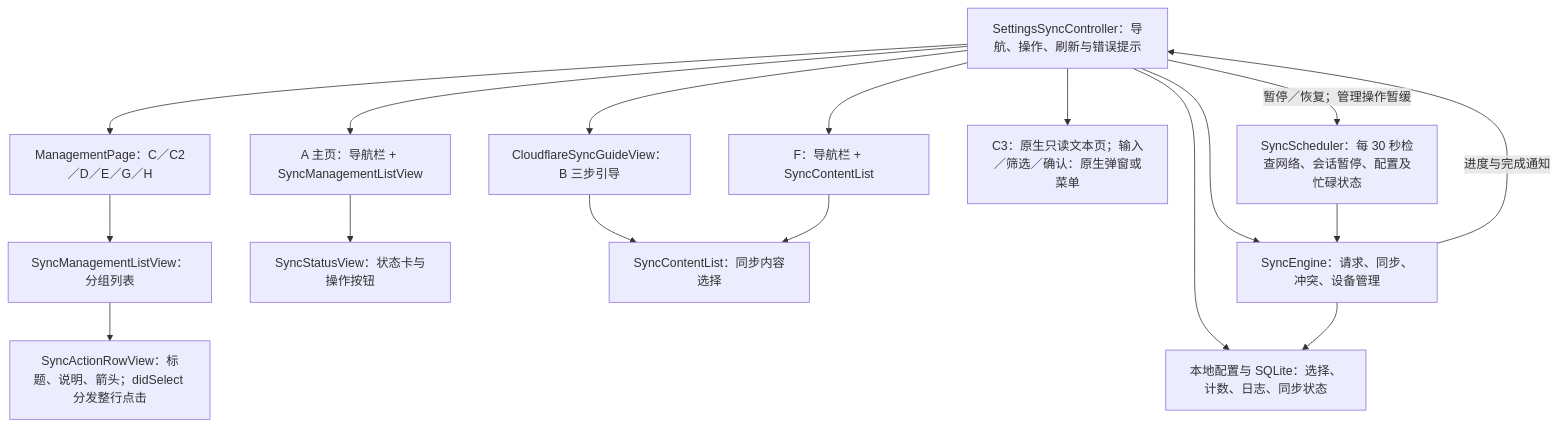
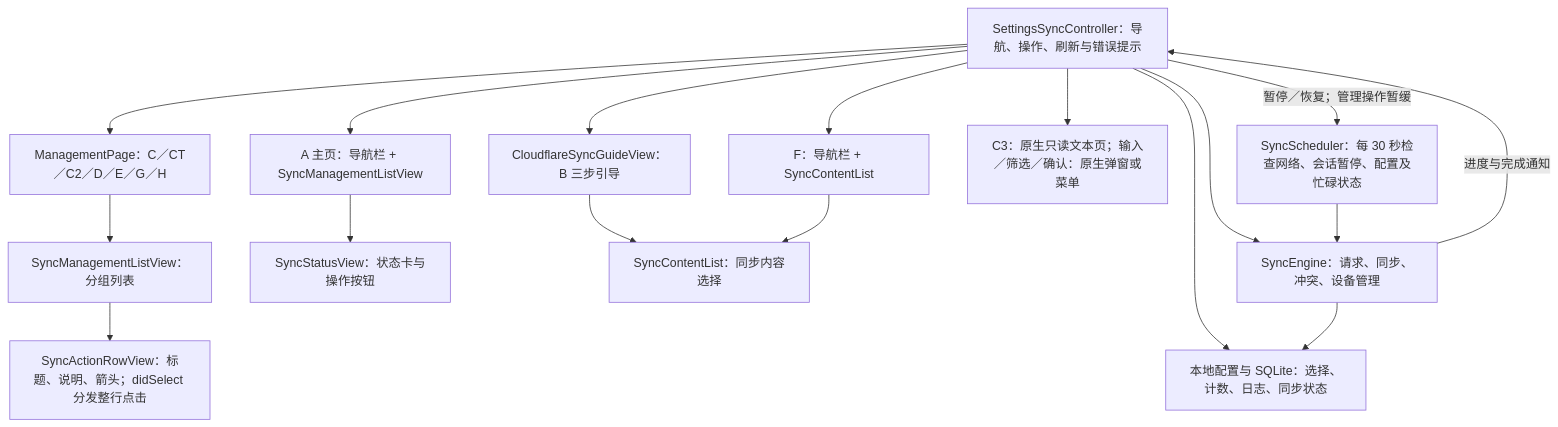
Before and after one commit to Gandum2077/JSEhViewer: the second of 3 diagrams in docs/sync-ui-map.md, drawn with Mermaid. The commit also changed other lines of this file and 6 other files, not shown here.

````diff
--- a/docs/sync-ui-map.md
+++ b/docs/sync-ui-map.md
@@ -68,19 +71,19 @@
 ```mermaid
 flowchart TD
   CTRL["SettingsSyncController：导航、操作、刷新与错误提示"] --> MAIN["A 主页：导航栏 + SyncManagementListView"]
-  CTRL --> PAGE["ManagementPage：C／C2／D／E／G／H"]
+  CTRL --> PAGE["ManagementPage：C／CT／C2／D／E／G／H"]
   PAGE --> LIST["SyncManagementListView：分组列表"]
   LIST --> ROW["SyncActionRowView：标题、说明、箭头；didSelect 分发整行点击"]
   MAIN --> STATUS["SyncStatusView：状态卡与操作按钮"]
   CTRL --> GUIDE["CloudflareSyncGuideView：B 三步引导"]
   CTRL --> CONTENT["F：导航栏 + SyncContentList"]
   GUIDE --> SELECT["SyncContentList：同步内容选择"]
   CONTENT --> SELECT
   CTRL --> OTHER["C3：原生只读文本页；输入／筛选／确认：原生弹窗或菜单"]
   CTRL --> ENGINE["SyncEngine：请求、同步、冲突、设备管理"]
   CTRL --> STORE["本地配置与 SQLite：选择、计数、日志、同步状态"]
   TIMER["SyncScheduler：每 30 秒检查网络、会话暂停、配置及忙碌状态"] --> ENGINE
   CTRL -->|暂停／恢复；管理操作暂缓| TIMER
   ENGINE --> STORE
   ENGINE -->|进度与完成通知| CTRL
 ```
````
